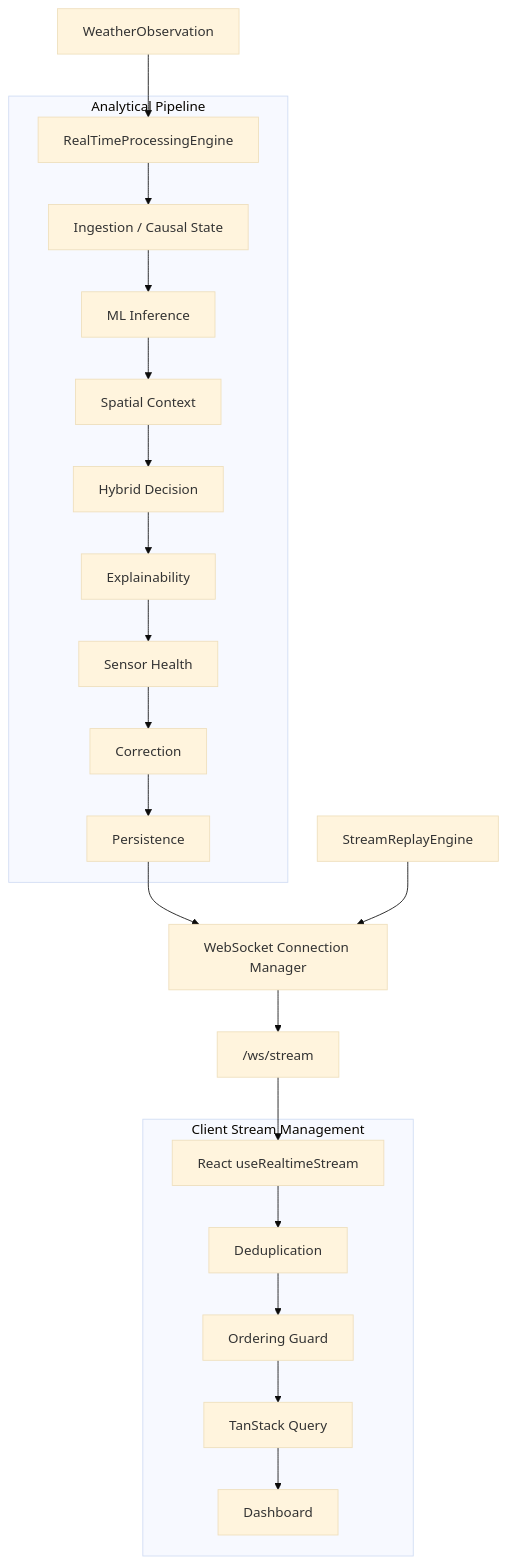
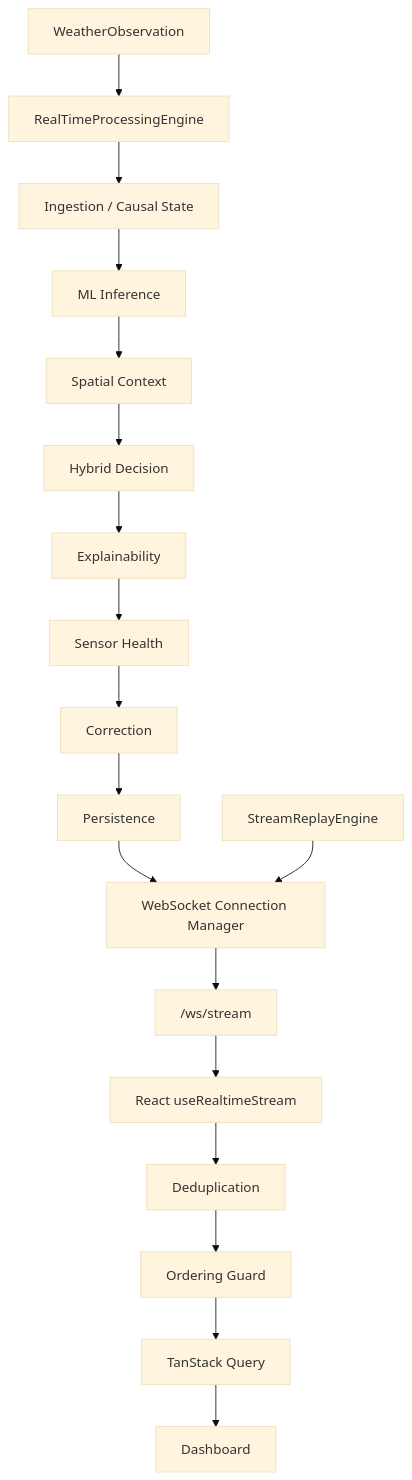
Before and after one commit to GPCSantosh/SkyGuard-AI: the first of 2 diagrams in docs/WEBSOCKET_PROTOCOL.md, drawn with Mermaid (base theme). The commit also changed 5 other files, not shown here.

Commit message:
fix: resolve development WebSocket connection lifecycle

````diff
--- a/docs/WEBSOCKET_PROTOCOL.md
+++ b/docs/WEBSOCKET_PROTOCOL.md
@@ -14,28 +14,20 @@
 ```mermaid
 flowchart TD
-    Obs["WeatherObservation"] --> Engine["RealTimeProcessingEngine"]
-    
-    subgraph AnalyticalPipeline ["Analytical Pipeline"]
-        Engine --> Ingest["Ingestion / Causal State"]
-        Ingest --> ML["ML Inference"]
-        ML --> Spatial["Spatial Context"]
-        Spatial --> Hybrid["Hybrid Decision"]
-        Hybrid --> Explain["Explainability"]
-        Explain --> Health["Sensor Health"]
-        Health --> Correction["Correction"]
-        Correction --> Persistence["Persistence"]
-    end
-    
-    Persistence --> WSM["WebSocket Connection Manager"]
-    Replay["StreamReplayEngine"] --> WSM
-    
-    WSM --> Stream["/ws/stream"]
-    Stream --> Hook["React useRealtimeStream"]
-    
-    subgraph ClientFlow ["Client Stream Management"]
-        Hook --> Dedup["Deduplication"]
-        Dedup --> Order["Ordering Guard"]
-        Order --> QueryCache["TanStack Query"]
-        QueryCache --> Dashboard["Dashboard"]
-    end
+    WeatherObservation["WeatherObservation"] --> RealTimeProcessingEngine["RealTimeProcessingEngine"]
+    RealTimeProcessingEngine --> IngestionCausalState["Ingestion / Causal State"]
+    IngestionCausalState --> MLInference["ML Inference"]
+    MLInference --> SpatialContext["Spatial Context"]
+    SpatialContext --> HybridDecision["Hybrid Decision"]
+    HybridDecision --> Explainability["Explainability"]
+    Explainability --> SensorHealth["Sensor Health"]
+    SensorHealth --> Correction["Correction"]
+    Correction --> Persistence["Persistence"]
+    Persistence --> WebSocketConnectionManager["WebSocket Connection Manager"]
+    StreamReplayEngine["StreamReplayEngine"] --> WebSocketConnectionManager
+    WebSocketConnectionManager --> WSStream["/ws/stream"]
+    WSStream --> ReactUseRealtimeStream["React useRealtimeStream"]
+    ReactUseRealtimeStream --> Deduplication["Deduplication"]
+    Deduplication --> OrderingGuard["Ordering Guard"]
+    OrderingGuard --> TanStackQuery["TanStack Query"]
+    TanStackQuery --> Dashboard["Dashboard"]
 ```
````
